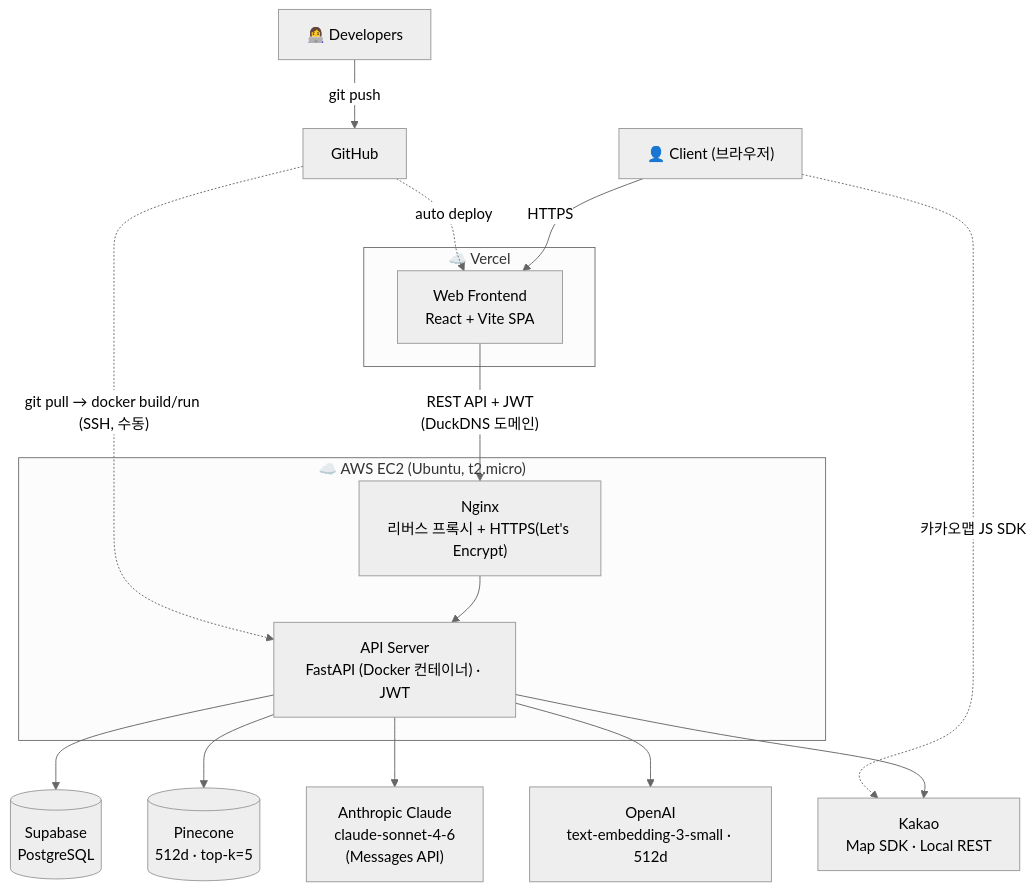
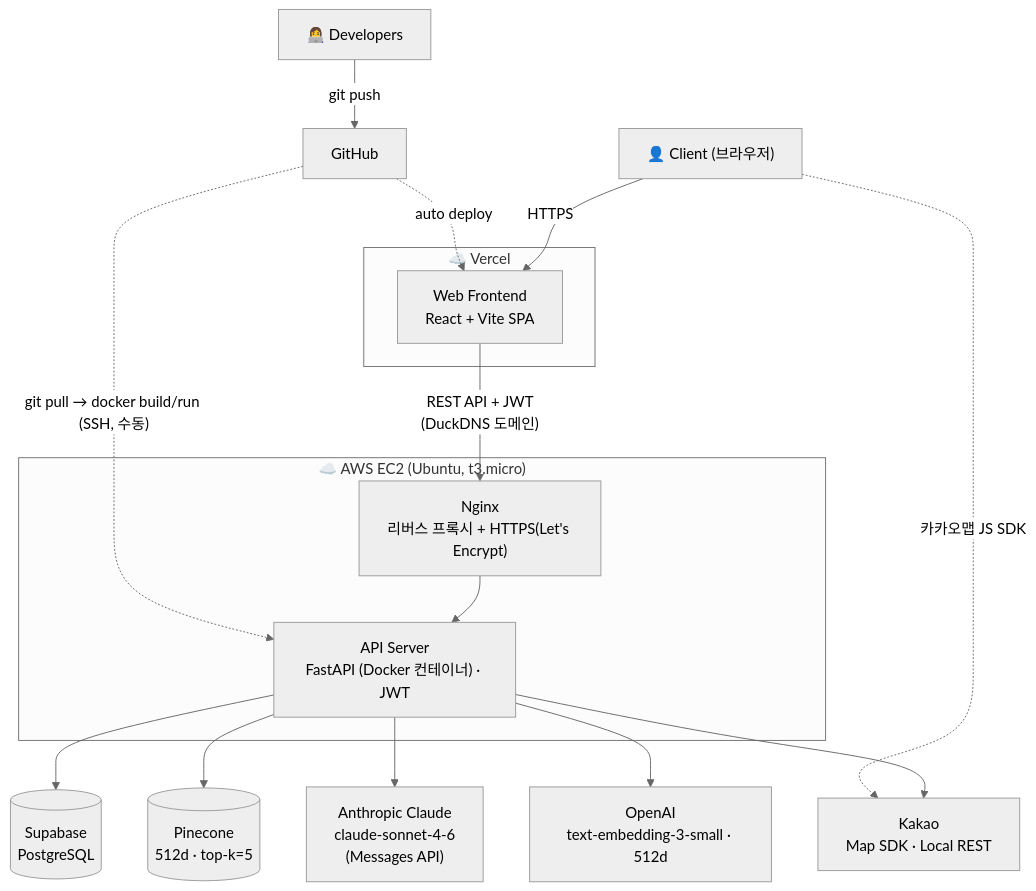
Before and after one commit to hanulkimm/biz-lunch-lab: the fifth of 7 diagrams in README.md, drawn with Mermaid (neutral theme). The commit also changed other lines of this file, not shown here.

First line of the commit message:
docs: EC2 인스턴스 타입 표기 정정 (t2.micro → t3.micro)

````diff
--- a/README.md
+++ b/README.md
@@ -136,24 +136,24 @@
 ```mermaid
 flowchart TD
     Dev["👩‍💻 Developers"] -->|git push| GH["GitHub"]
     GH -. auto deploy .-> FE
     GH -. "git pull → docker build/run (SSH, 수동)" .-> API
 
     Client["👤 Client (브라우저)"] -->|HTTPS| FE
     Client -. 카카오맵 JS SDK .-> KAKAO["Kakao<br/>Map SDK · Local REST"]
 
     subgraph Vercel["☁️ Vercel"]
         FE["Web Frontend<br/>React + Vite SPA"]
     end
-    subgraph EC2["☁️ AWS EC2 (Ubuntu, t2.micro)"]
+    subgraph EC2["☁️ AWS EC2 (Ubuntu, t3.micro)"]
         NGINX["Nginx<br/>리버스 프록시 + HTTPS(Let's Encrypt)"] --> API["API Server<br/>FastAPI (Docker 컨테이너) · JWT"]
     end
 
     FE -->|"REST API + JWT<br/>(DuckDNS 도메인)"| NGINX
 
     API --> DB[("Supabase<br/>PostgreSQL")]
     API --> VEC[("Pinecone<br/>512d · top-k=5")]
     API --> LLM["Anthropic Claude<br/>claude-sonnet-4-6<br/>(Messages API)"]
     API --> EMB["OpenAI<br/>text-embedding-3-small · 512d"]
     API --> KAKAO
 ```
````
